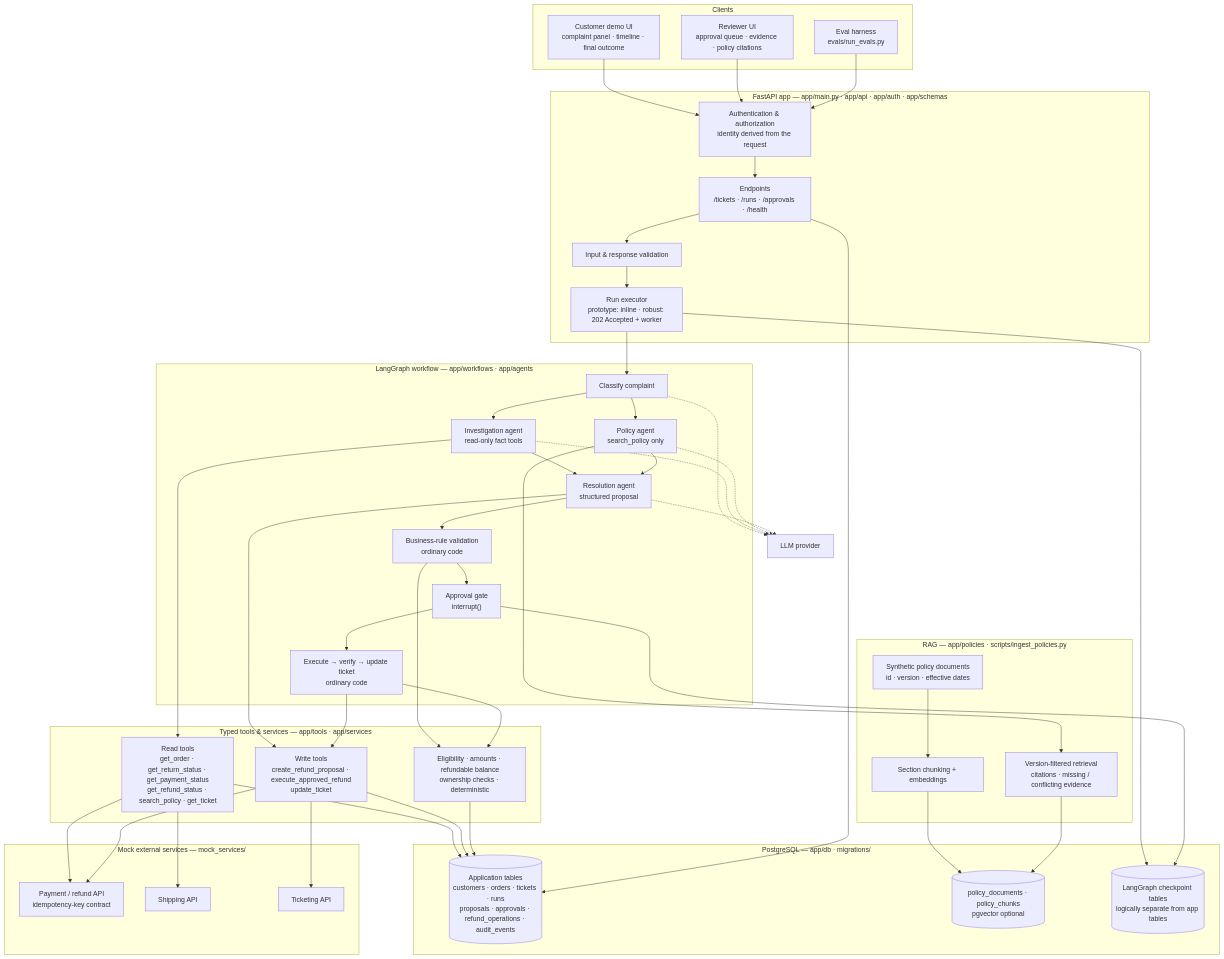
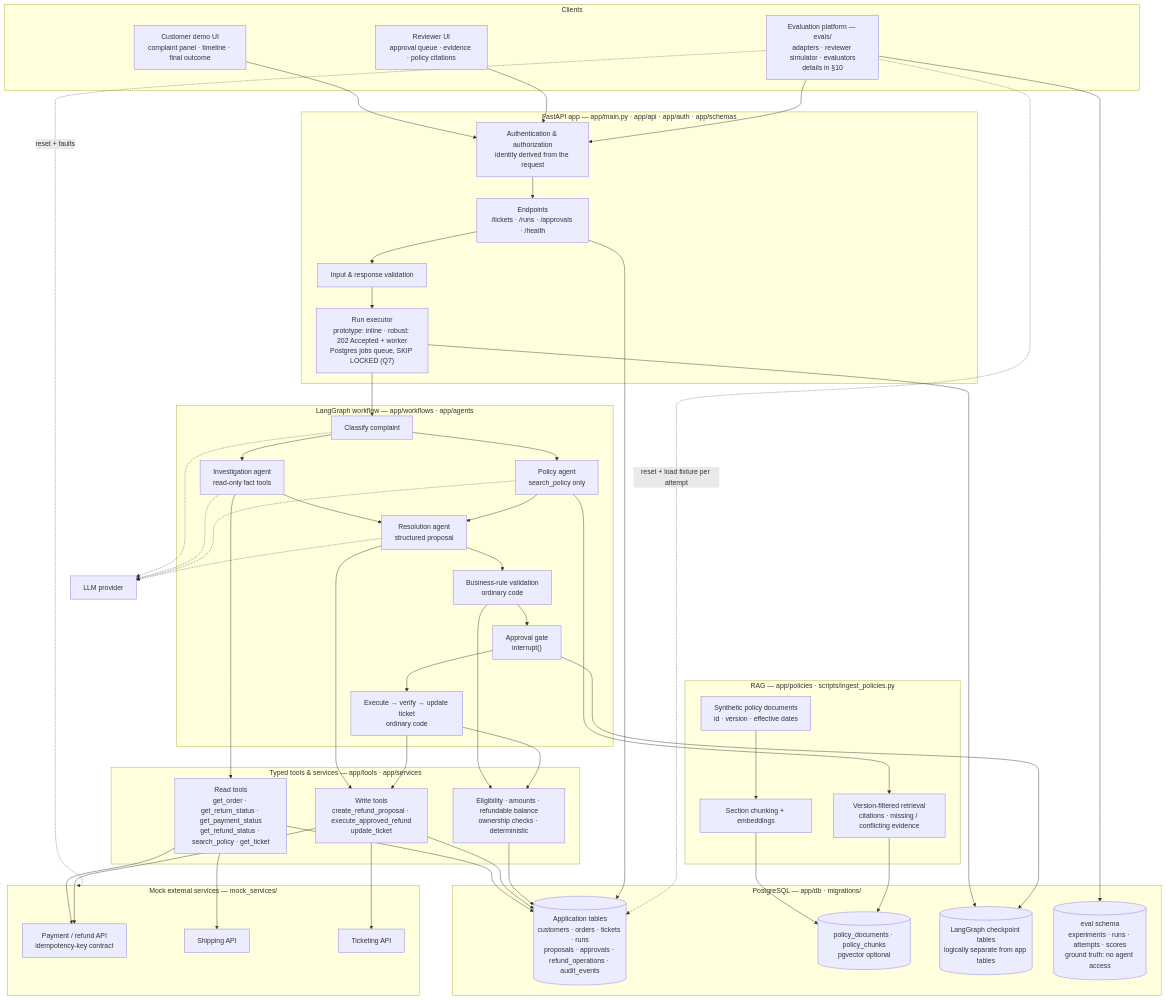
Before and after one commit to lokifergusion9/Agentic-AI-Customer-Support-System: the first of 13 diagrams in hld.md, drawn with Mermaid. The commit also changed other lines of this file and 1 other file, not shown here.

First line of the commit message:
docs: merge evaluation platform into the plan (Weeks 4-5)

````diff
--- a/hld.md
+++ b/hld.md
@@ -31,14 +43,14 @@
     subgraph clients["Clients"]
         CUST["Customer demo UI<br/>complaint panel · timeline · final outcome"]
         REV["Reviewer UI<br/>approval queue · evidence · policy citations"]
-        EVH["Eval harness<br/>evals/run_evals.py"]
+        EVH["Evaluation platform — evals/<br/>adapters · reviewer simulator · evaluators<br/>details in §10"]
     end
 
     subgraph api["FastAPI app — app/main.py · app/api · app/auth · app/schemas"]
         AUTHN["Authentication & authorization<br/>identity derived from the request"]
         ROUTES["Endpoints<br/>/tickets · /runs · /approvals · /health"]
         VALID["Input & response validation"]
-        RUNNER["Run executor<br/>prototype: inline · robust: 202 Accepted + worker"]
+        RUNNER["Run executor<br/>prototype: inline · robust: 202 Accepted + worker<br/>Postgres jobs queue, SKIP LOCKED (Q7)"]
     end
 
     subgraph wf["LangGraph workflow — app/workflows · app/agents"]
@@ -67,6 +79,7 @@
         APPDB[("Application tables<br/>customers · orders · tickets · runs<br/>proposals · approvals · refund_operations · audit_events")]
         VEC[("policy_documents · policy_chunks<br/>pgvector optional")]
         CKPT[("LangGraph checkpoint tables<br/>logically separate from app tables")]
+        EVALDB[("eval schema<br/>experiments · runs · attempts · scores<br/>ground truth: no agent access")]
     end
 
     subgraph mocks["Mock external services — mock_services/"]
@@ -109,4 +122,7 @@
     RUNNER --> CKPT
     GATE --> CKPT
     ROUTES --> APPDB
+    EVH --> EVALDB
+    EVH -.->|"reset + load fixture per attempt"| APPDB
+    EVH -.->|"reset + faults"| mocks
 ```
````
